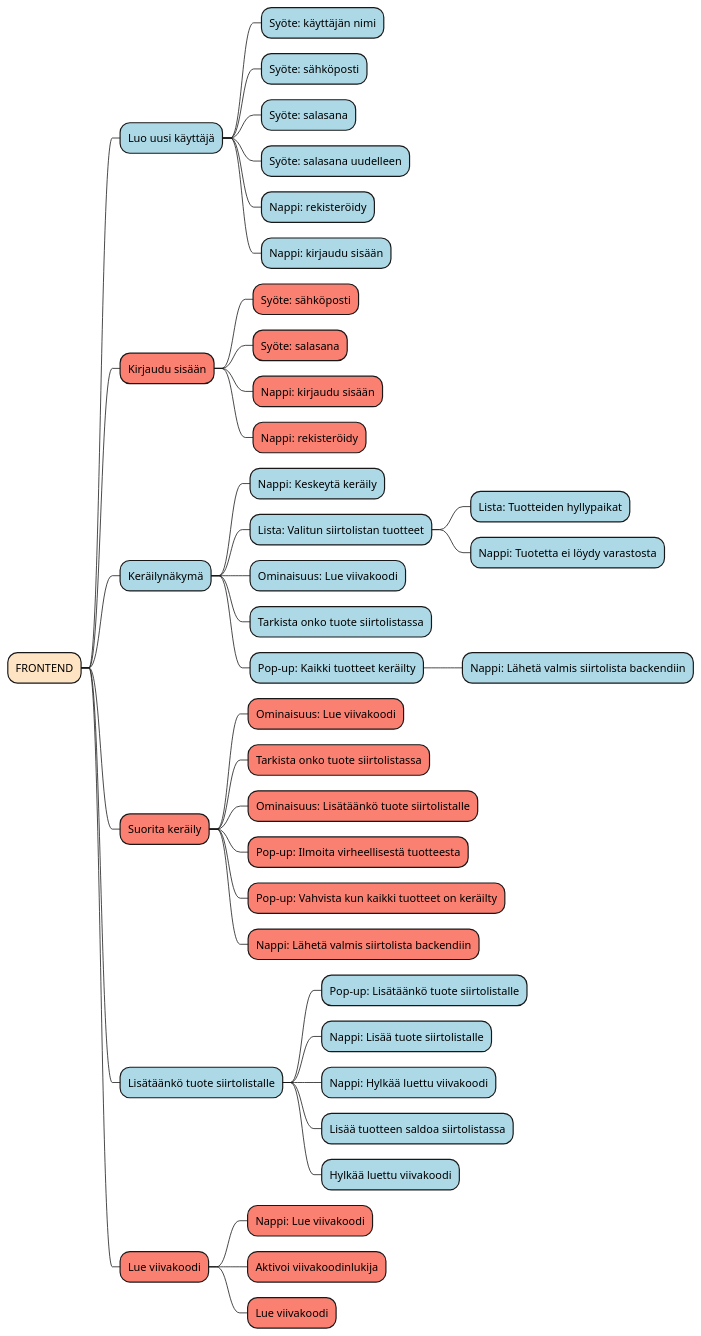
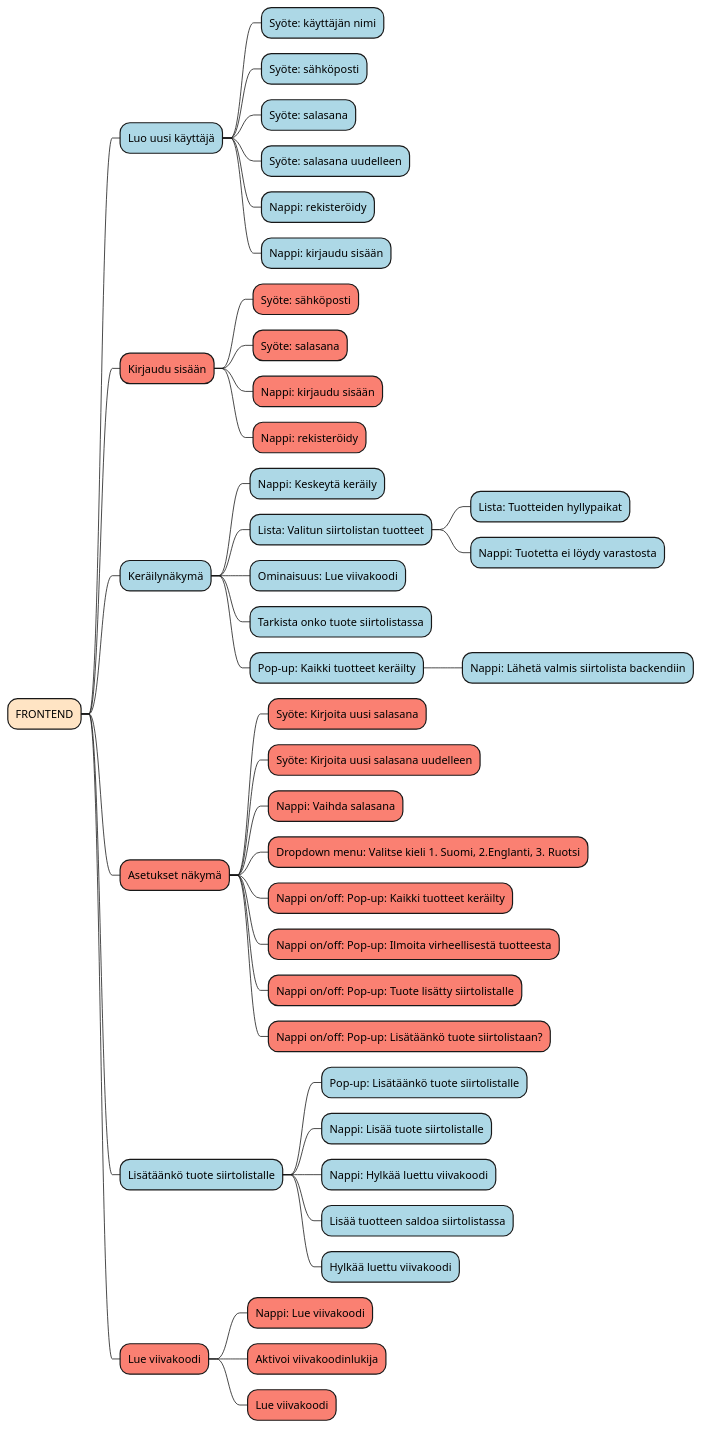
Before and after one commit to Pipe80/Varastonhallintasovellus: the first of 2 diagrams in requirements/vaatimusmaarittely.md, drawn with PlantUML.

Commit message:
Replaced 'Suorita keräily' -feature with 'Asetukset näkymä' -feature in Frontend mindmap.

````diff
--- a/requirements/vaatimusmaarittely.md
+++ b/requirements/vaatimusmaarittely.md
@@ -71,43 +71,45 @@
 ```plantuml
 @startmindmap
 +[#Bisque] FRONTEND
 ++[#LightBlue] Luo uusi käyttäjä
 +++[#LightBlue] Syöte: käyttäjän nimi
 +++[#LightBlue] Syöte: sähköposti
 +++[#LightBlue] Syöte: salasana
 +++[#LightBlue] Syöte: salasana uudelleen
 +++[#LightBlue] Nappi: rekisteröidy
 +++[#LightBlue] Nappi: kirjaudu sisään
 ++[#Salmon] Kirjaudu sisään
 +++[#Salmon] Syöte: sähköposti
 +++[#Salmon] Syöte: salasana
 +++[#Salmon] Nappi: kirjaudu sisään
 +++[#Salmon] Nappi: rekisteröidy
 ++[#LightBlue] Keräilynäkymä
 +++[#LightBlue] Nappi: Keskeytä keräily
 +++[#LightBlue] Lista: Valitun siirtolistan tuotteet
 ++++[#LightBlue] Lista: Tuotteiden hyllypaikat
 ++++[#LightBlue] Nappi: Tuotetta ei löydy varastosta
 +++[#LightBlue] Ominaisuus: Lue viivakoodi
 +++[#LightBlue] Tarkista onko tuote siirtolistassa
 +++[#LightBlue] Pop-up: Kaikki tuotteet keräilty
 ++++[#LightBlue] Nappi: Lähetä valmis siirtolista backendiin
-++[#Salmon] Suorita keräily
-+++[#Salmon] Ominaisuus: Lue viivakoodi
-+++[#Salmon] Tarkista onko tuote siirtolistassa
-+++[#Salmon] Ominaisuus: Lisätäänkö tuote siirtolistalle
-+++[#Salmon] Pop-up: Ilmoita virheellisestä tuotteesta
-+++[#Salmon] Pop-up: Vahvista kun kaikki tuotteet on keräilty
-+++[#Salmon] Nappi: Lähetä valmis siirtolista backendiin
+++[#Salmon] Asetukset näkymä
++++[#Salmon] Syöte: Kirjoita uusi salasana
++++[#Salmon] Syöte: Kirjoita uusi salasana uudelleen
++++[#Salmon] Nappi: Vaihda salasana
++++[#Salmon] Dropdown menu: Valitse kieli 1. Suomi, 2.Englanti, 3. Ruotsi
++++[#Salmon] Nappi on/off: Pop-up: Kaikki tuotteet keräilty
++++[#Salmon] Nappi on/off: Pop-up: Ilmoita virheellisestä tuotteesta
++++[#Salmon] Nappi on/off: Pop-up: Tuote lisätty siirtolistalle
++++[#Salmon] Nappi on/off: Pop-up: Lisätäänkö tuote siirtolistaan?
 ++[#LightBlue] Lisätäänkö tuote siirtolistalle
 +++[#LightBlue] Pop-up: Lisätäänkö tuote siirtolistalle
 +++[#LightBlue] Nappi: Lisää tuote siirtolistalle
 +++[#LightBlue] Nappi: Hylkää luettu viivakoodi
 +++[#LightBlue] Lisää tuotteen saldoa siirtolistassa
 +++[#LightBlue] Hylkää luettu viivakoodi
 ++[#Salmon] Lue viivakoodi
 +++[#Salmon] Nappi: Lue viivakoodi
 +++[#Salmon] Aktivoi viivakoodinlukija
 +++[#Salmon] Lue viivakoodi
 @endmindmap
 ```
````
